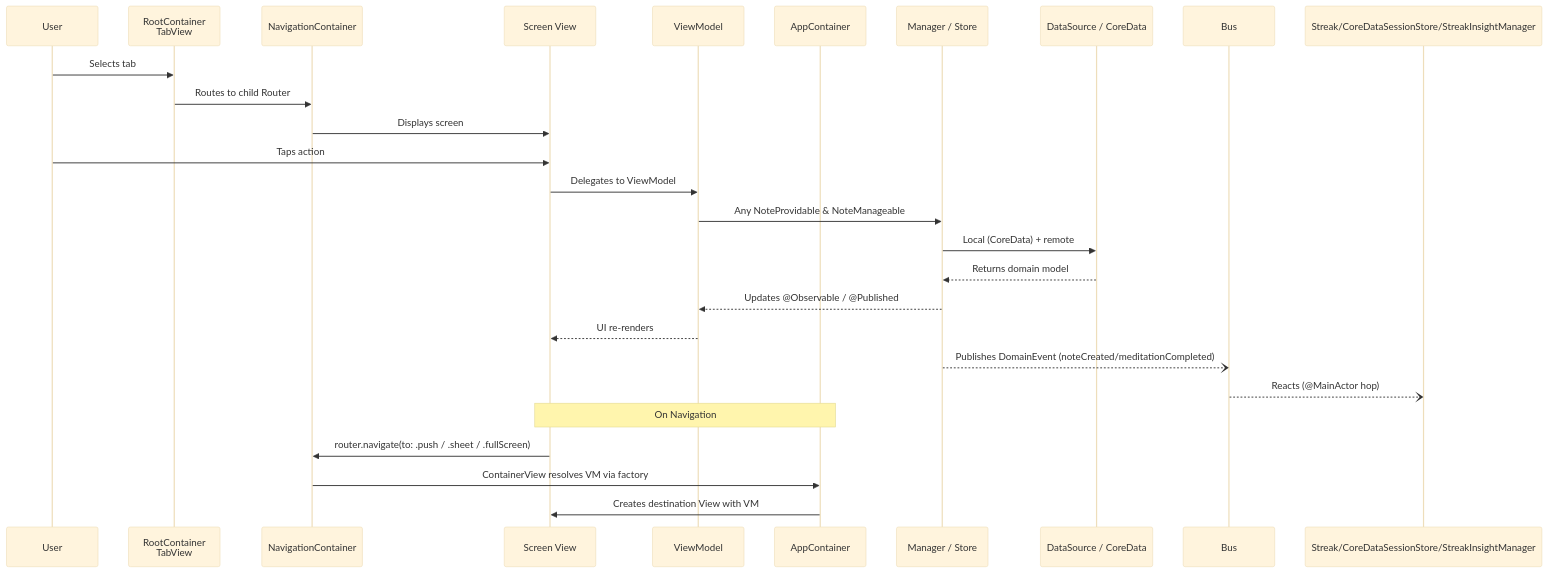
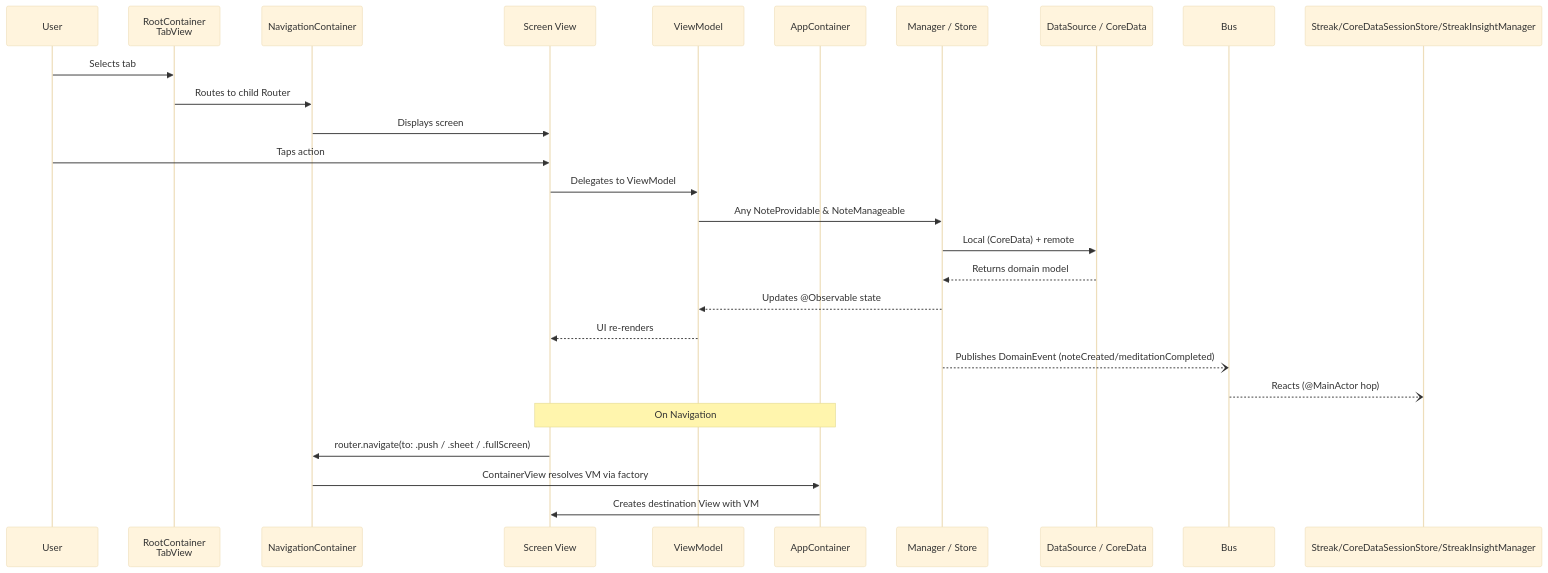
The seventh of 8 diagrams in ARCHITECTURE.md (kwazzar/MeditateAndNote), drawn with Mermaid (base theme) before and after one commit. The commit also changed other lines of this file and 16 other files, not shown here.

````diff
--- a/ARCHITECTURE.md
+++ b/ARCHITECTURE.md
@@ -377,30 +380,30 @@
 ```mermaid
 sequenceDiagram
     participant User
     participant Tab as RootContainer<br/>TabView
     participant Nav as NavigationContainer
     participant View as Screen View
     participant VM as ViewModel
     participant Container as AppContainer
     participant Mgr as Manager / Store
     participant DS as DataSource / CoreData
 
     User->>Tab: Selects tab
     Tab->>Nav: Routes to child Router
     Nav->>View: Displays screen
 
     User->>View: Taps action
     View->>VM: Delegates to ViewModel
     VM->>Mgr: Any NoteProvidable & NoteManageable
     Mgr->>DS: Local (CoreData) + remote
     DS-->>Mgr: Returns domain model
-    Mgr-->>VM: Updates @Observable / @Published
+    Mgr-->>VM: Updates @Observable state
     VM-->>View: UI re-renders
     Mgr--)Bus: Publishes DomainEvent (noteCreated/meditationCompleted)
     Bus--)Streak/CoreDataSessionStore/StreakInsightManager: Reacts (@MainActor hop)
 
     Note over View,Container: On Navigation
     View->>Nav: router.navigate(to: .push / .sheet / .fullScreen)
     Nav->>Container: ContainerView resolves VM via factory
     Container->>View: Creates destination View with VM
 ```
````
